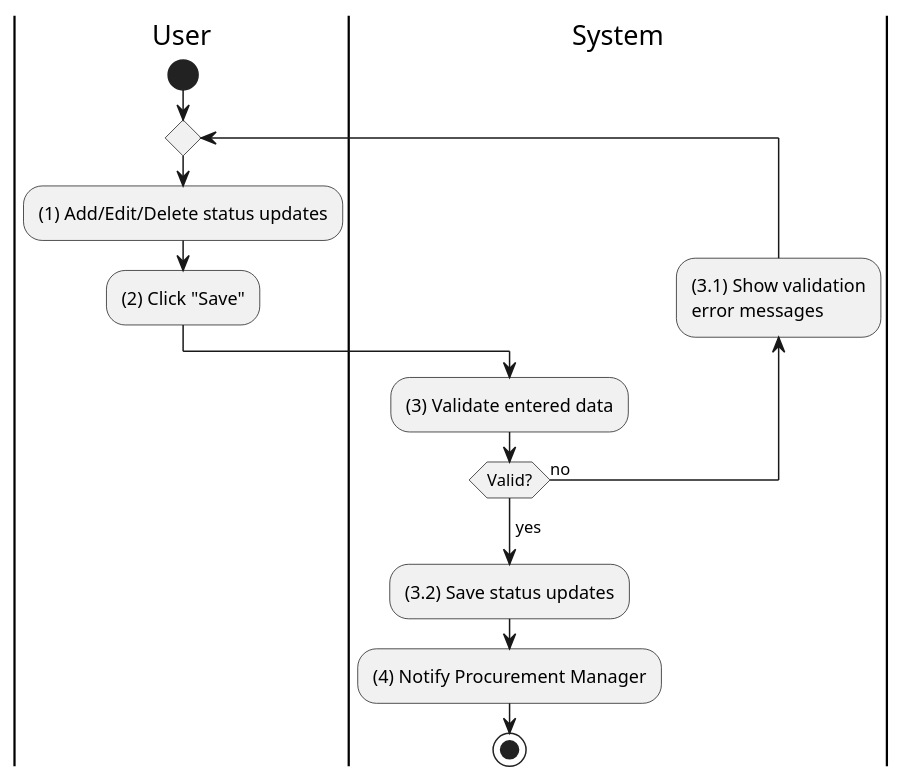
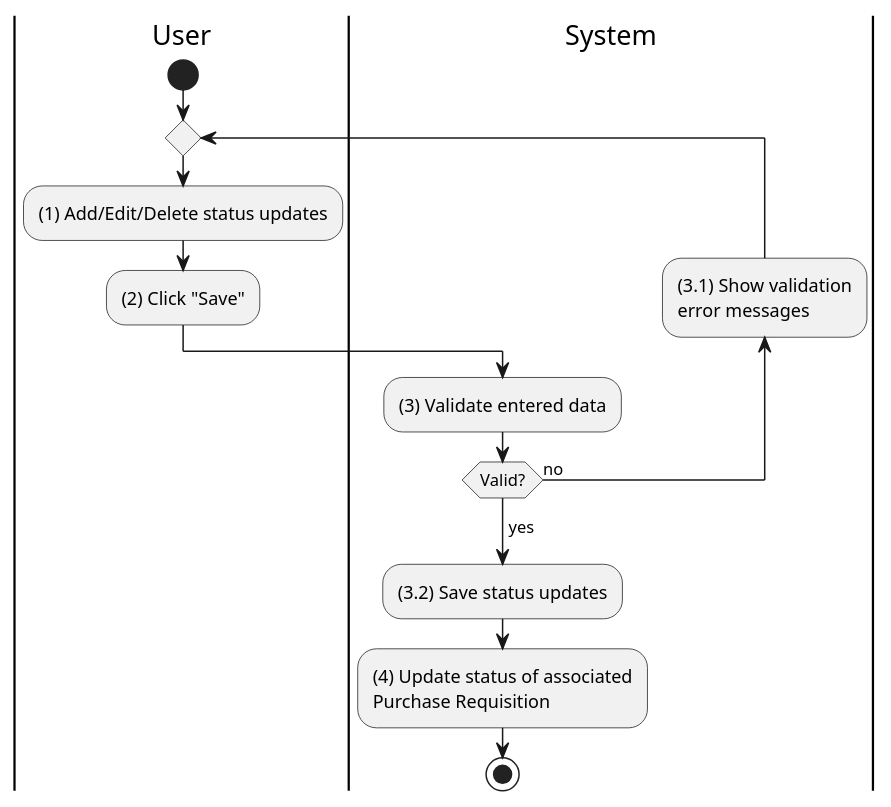
The diagram in activities/purchase-order-update-status.plantuml (phihungha/scmss-reqs), drawn with PlantUML before and after one commit. The commit also changed 5 other files, not shown here.

Commit message:
Update purchase requisitions on status changes in purchase order

```diff
--- a/activities/purchase-order-update-status.plantuml
+++ b/activities/purchase-order-update-status.plantuml
@@ -1,20 +1,20 @@
 @startuml purchase-order-update-status
 |u|User
 |s|System
 
 |u|
 start
 repeat
     :(1) Add/Edit/Delete status updates;
     :(2) Click "Save";
 
     |s|
     :(3) Validate entered data;
     backward:(3.1) Show validation
     error messages;
 repeat while (Valid?) is (no)
 ->yes;
 :(3.2) Save status updates;
-:(4) Notify Procurement Manager;
+:(4) Update status of associated\nPurchase Requisition;
 stop
 @enduml
```
